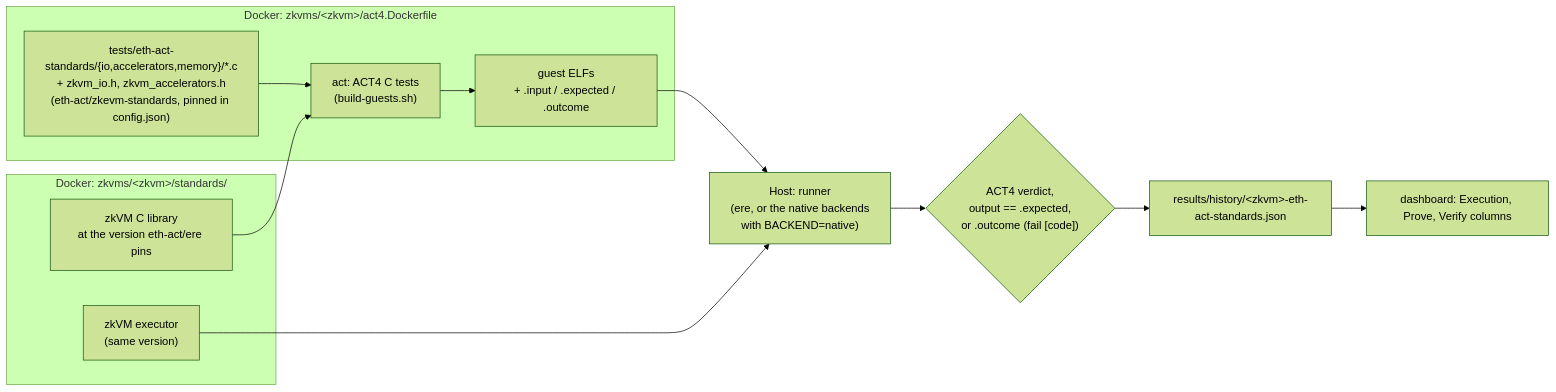
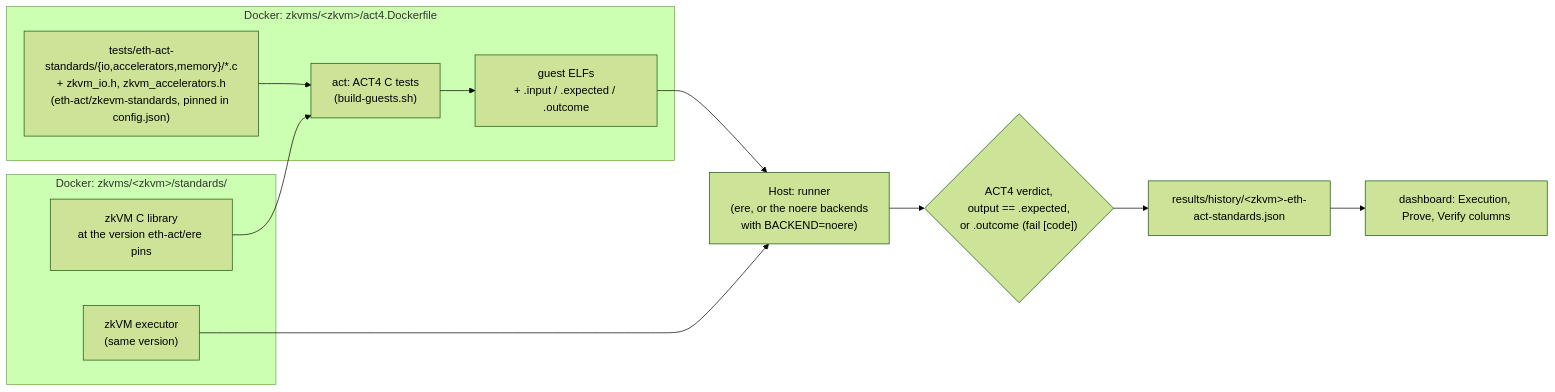
One commit to eth-act/zkevm-test-monitor changed the second of 2 diagrams in README.md. Above: the diagram before and after it, drawn with Mermaid (forest theme). The commit also changed other lines of this file and 7 other files, not shown here.

First line of the commit message:
rename the native backend path to noere

````diff
--- a/README.md
+++ b/README.md
@@ -56,17 +56,17 @@
 ```mermaid
 flowchart LR
     subgraph image["Docker: zkvms/&lt;zkvm&gt;/standards/"]
         vendor["zkVM C library<br/>at the version eth-act/ere pins"]
         exe["zkVM executor<br/>(same version)"]
     end
     subgraph act["Docker: zkvms/&lt;zkvm&gt;/act4.Dockerfile"]
         src["tests/eth-act-standards/{io,accelerators,memory}/*.c<br/>+ zkvm_io.h, zkvm_accelerators.h<br/>(eth-act/zkevm-standards, pinned in config.json)"] --> build["act: ACT4 C tests<br/>(build-guests.sh)"]
         build --> elfs["guest ELFs<br/>+ .input / .expected / .outcome"]
     end
     vendor --> build
-    elfs --> runner["Host: runner<br/>(ere, or the native backends<br/>with BACKEND=native)"]
+    elfs --> runner["Host: runner<br/>(ere, or the noere backends<br/>with BACKEND=noere)"]
     exe --> runner
     runner --> verdict{"ACT4 verdict,<br/>output == .expected,<br/>or .outcome (fail [code])"}
     verdict --> hist["results/history/&lt;zkvm&gt;-eth-act-standards.json"]
     hist --> dash["dashboard: Execution, Prove, Verify columns"]
 ```
````
